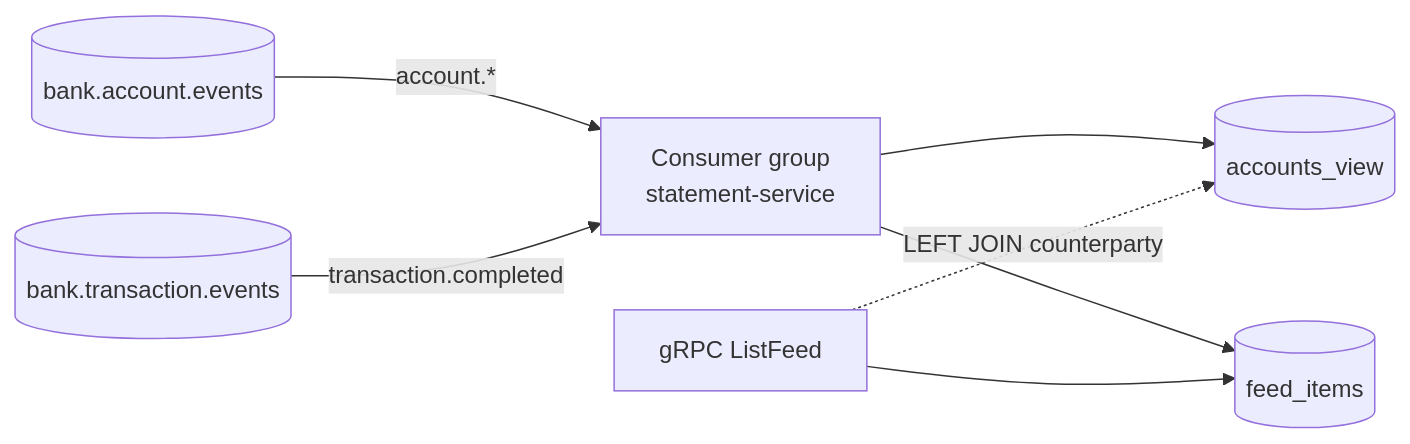
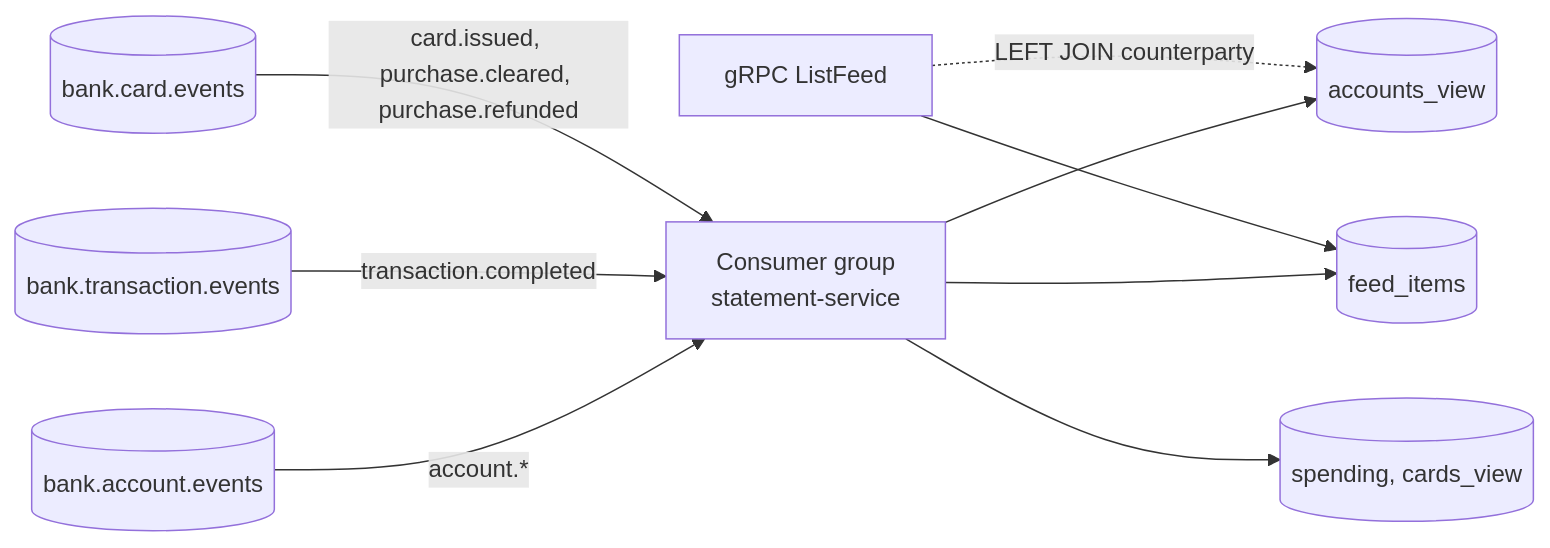
One commit to ViniciusMicarelli/digital-bank-platform changed the diagram in docs/services/statement-service.md. Above: the diagram before and after it, drawn with Mermaid. The commit also changed other lines of this file and 26 other files, not shown here.

````diff
--- a/docs/services/statement-service.md
+++ b/docs/services/statement-service.md
@@ -17,9 +18,11 @@
 ```mermaid
 flowchart LR
     A[(bank.account.events)] -->|account.*| C[Consumer group<br/>statement-service]
     T[(bank.transaction.events)] -->|transaction.completed| C
+    K[(bank.card.events)] -->|card.issued, purchase.cleared, purchase.refunded| C
     C --> V[(accounts_view)]
     C --> F[(feed_items)]
+    C --> S[(spending, cards_view)]
     API[gRPC ListFeed] --> F
     API -. LEFT JOIN counterparty .-> V
 ```
````
